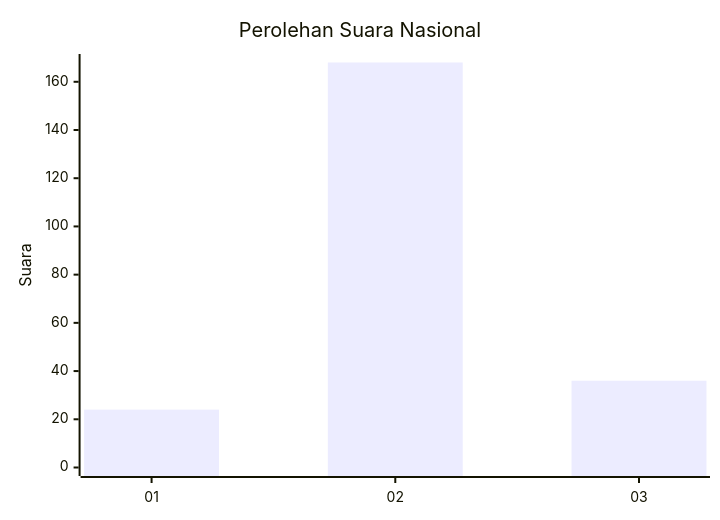
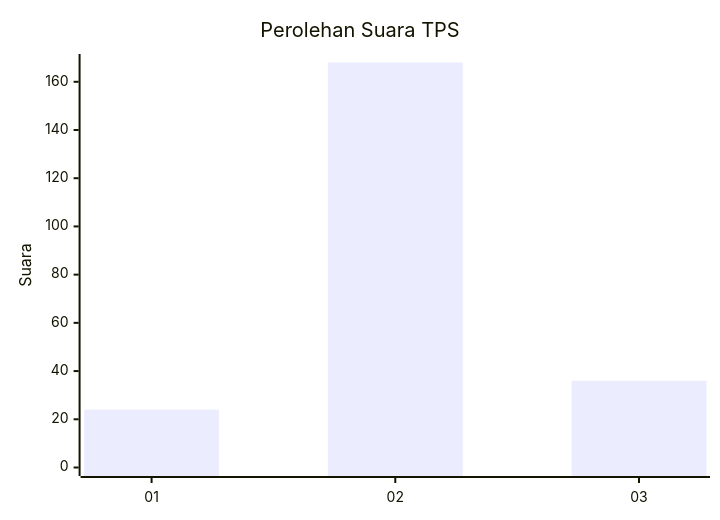
Before and after one commit to gigit-pemilu/pemilu-2024-19-kepulauan-bangka-belitung: the first of 2 diagrams in pilpres/hitung-suara/sub/19-kepulauan-bangka-belitung/sub/06-belitung-timur/sub/02-gantung/sub/2009-lenggang/sub/006-tps/README.md, drawn with Mermaid. The commit also changed other lines of this file and 2734 other files, not shown here.

````diff
--- a/pilpres/hitung-suara/sub/19-kepulauan-bangka-belitung/sub/06-belitung-timur/sub/02-gantung/sub/2009-lenggang/sub/006-tps/README.md
+++ b/pilpres/hitung-suara/sub/19-kepulauan-bangka-belitung/sub/06-belitung-timur/sub/02-gantung/sub/2009-lenggang/sub/006-tps/README.md
@@ -5,7 +5,7 @@
 ```mermaid
 xychart-beta
-    title "Perolehan Suara Nasional"
+    title "Perolehan Suara TPS"
     x-axis [01, 02, 03]
     y-axis "Suara" 0 --> 168
     bar [24, 168, 36]
 ```
````
